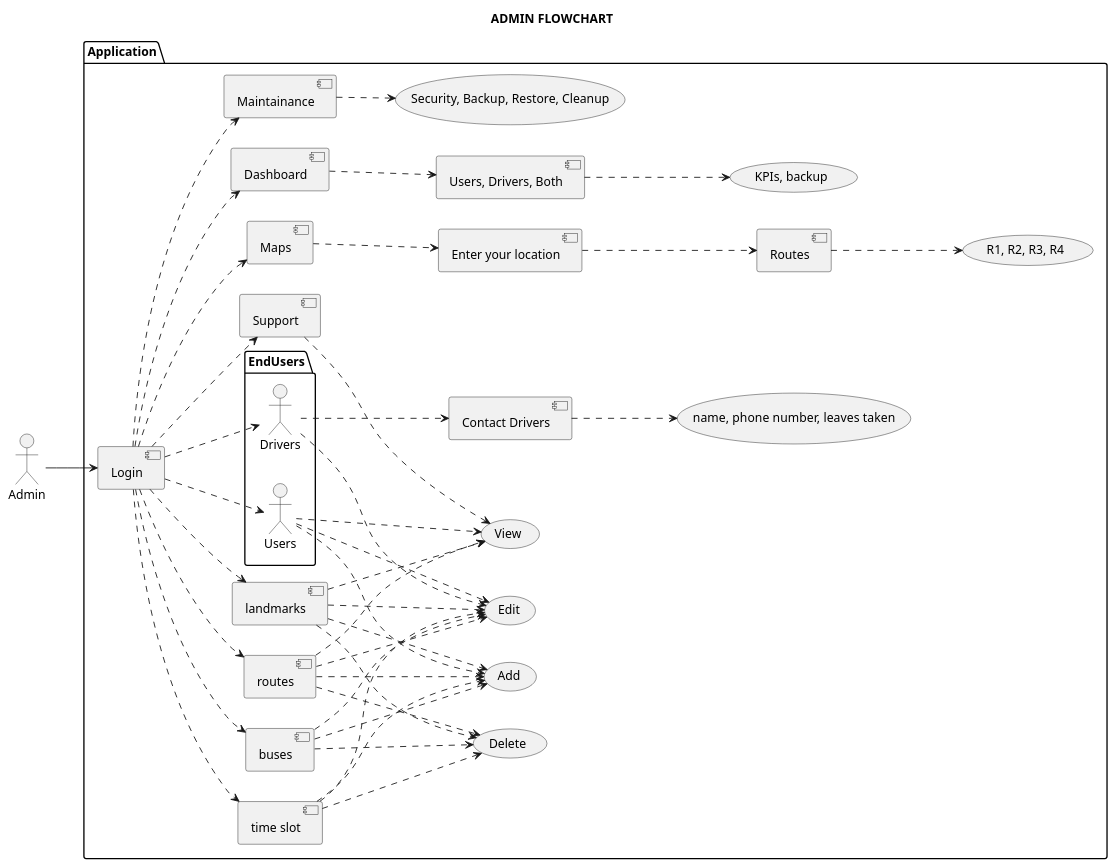
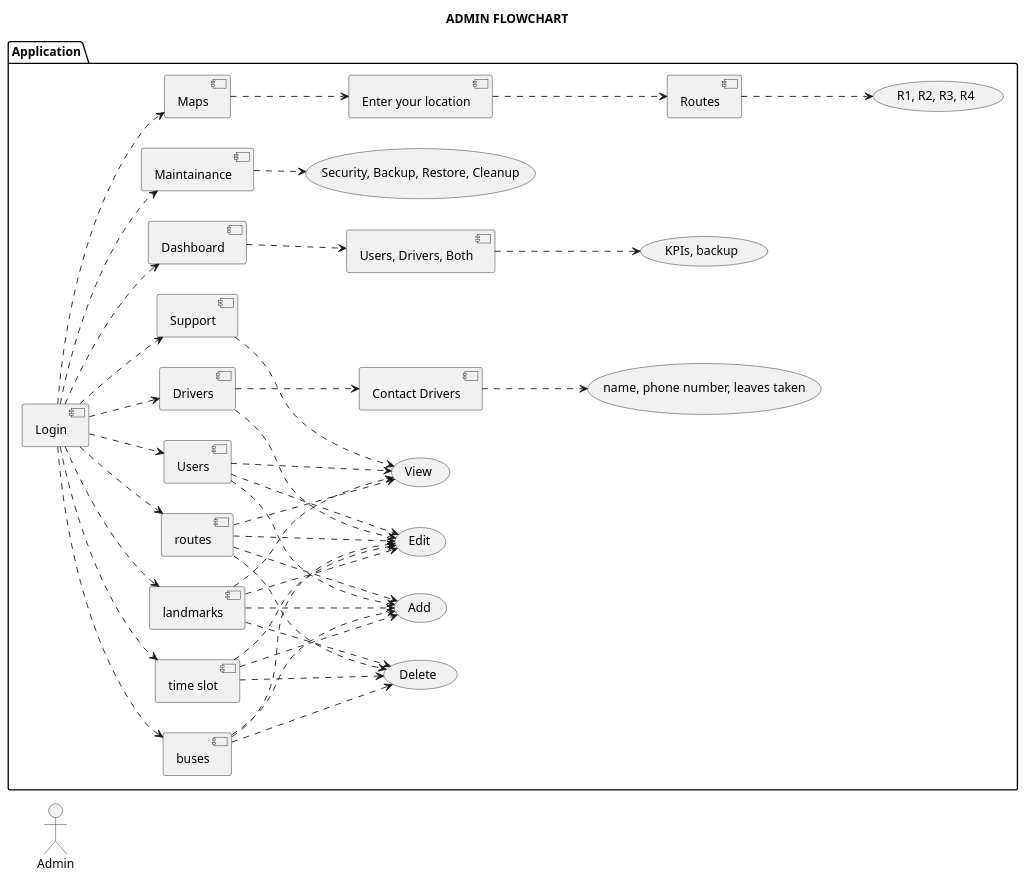
One commit to Krishnaa-tech/BuzzMaps changed the diagram in Flowcharts/adminflowchart.puml. Above: the diagram before and after it, drawn with PlantUML.

```diff
--- a/Flowcharts/adminflowchart.puml
+++ b/Flowcharts/adminflowchart.puml
@@ -1,139 +1,75 @@
 @startuml Admin
 title ADMIN FLOWCHART
 left to right direction 
 
-' :User: <-- (Use)
-' "Main Admin" as Admin
-' "Use the application" as (Use)
-' (Use) <-- Admin  : Use the appliction by admin
-
-
 actor Admin
 
-' User_Details..User
+package Application{
 
-
-
-package Application{
-  package EndUsers{
-    actor Drivers
-    actor Users
-}
   usecase "Login" as [loginpage]
-
-
-  ' usecase "Routes" as showroutes
-  ' usecase "Shifts" as showshifts
-  ' usecase "Landmarks" as showlandmarks
-  ' usecase "Buses" as showbuses
-  ' usecase "ETA" as eta
-'   usecase "ETR" as etr
-'   usecase "Support" as ticketsupport
-'   usecase "Contact Driver" as contactdriver
-
-
 
   'Routes
   [loginpage]..> [routes]
   [routes]..> (Delete)
   [routes] ..> (Edit)
   [routes]..> (Add)
   [routes]..> (View)
 
 
   'Landslots
   [loginpage]..> [landmarks]
   [landmarks]..> [Delete]
   [landmarks]..> [Edit]
   [landmarks]..> [Add]
   [landmarks]..> (View)
 
 
   'Time Slots
   [loginpage]..> [time slot]
   [time slot]..> [Delete]
   [time slot]..> [Edit]
   [time slot]..> [Add]
 
 
 
   'Buses
   [loginpage]..> [buses]
   [buses]..> [Delete]
   [buses]..> [Edit]
   [buses]..> [Add]
 
   'Analytics report
   [loginpage]..> [Dashboard]
   [Dashboard]..> [Users, Drivers, Both]
   [Users, Drivers, Both]..>(KPIs, backup)
 
   
 
   'Maintainance
   [loginpage]..> [Maintainance]
   [Maintainance]..> (Security, Backup, Restore, Cleanup)
 
   'users
   [loginpage]..> [Users]
   [Users]..> [Add]
   [Users]..> [Edit]
   [Users]..>[View]
   
   
-  
+  'Drivers
   [loginpage]..> [Drivers]
   [Drivers]..>[Contact Drivers]
   [Contact Drivers]..> (name, phone number, leaves taken)
   [Drivers]..> [Edit]
   [loginpage]..> [Support]
   [Support]..> (View)
 
-    'General Maps
-    [loginpage]..> [Maps]
-    [Maps]..>[Enter your location]
-    [Enter your location]..>[Routes]
-    [Routes]..>(R1, R2, R3, R4)
+
+  'General Maps
+  [loginpage]..> [Maps]
+  [Maps]..>[Enter your location]
+  [Enter your location]..>[Routes]
+  [Routes]..>(R1, R2, R3, R4)
 
 }
-
-
-
-
-
-  ' (Routes Page)<--(Show Routes Button)
-  ' (Shifts Page)<--(Show Shifts Button)
-  ' (Landmarks Page)<--(Show Landmarks Button)
-  ' (LoginPage)-.->[login]<-(Users,Drivers)->.Driver/User Login)
-  ' .-.-.<|im_sep|>-.-.
-  ' |    |<---------->|
-
-
-' Drivers --> loginpage
-' Drivers --> showroutes
-' Drivers --> showshifts
-' Drivers --> showlandmarks
-' Drivers --> etr
-' Drivers --> showbuses
-
-' Users --> loginpage
-' Users --> showroutes
-' Users --> showshifts
-' Users --> showlandmarks
-' Users --> eta
-' Users --> ticketsupport
-' Users --> showbuses
-
-
- Admin --> loginpage
-' Admin --> routes
-' Admin --> shifts
-' Admin --> landmarks
-' Admin --> analytics_report
-' Admin --> buses
-' Admin --> etr
-' Admin --> ticketsupport
-' Admin --> contactdriver
-
-
 @enduml
```
